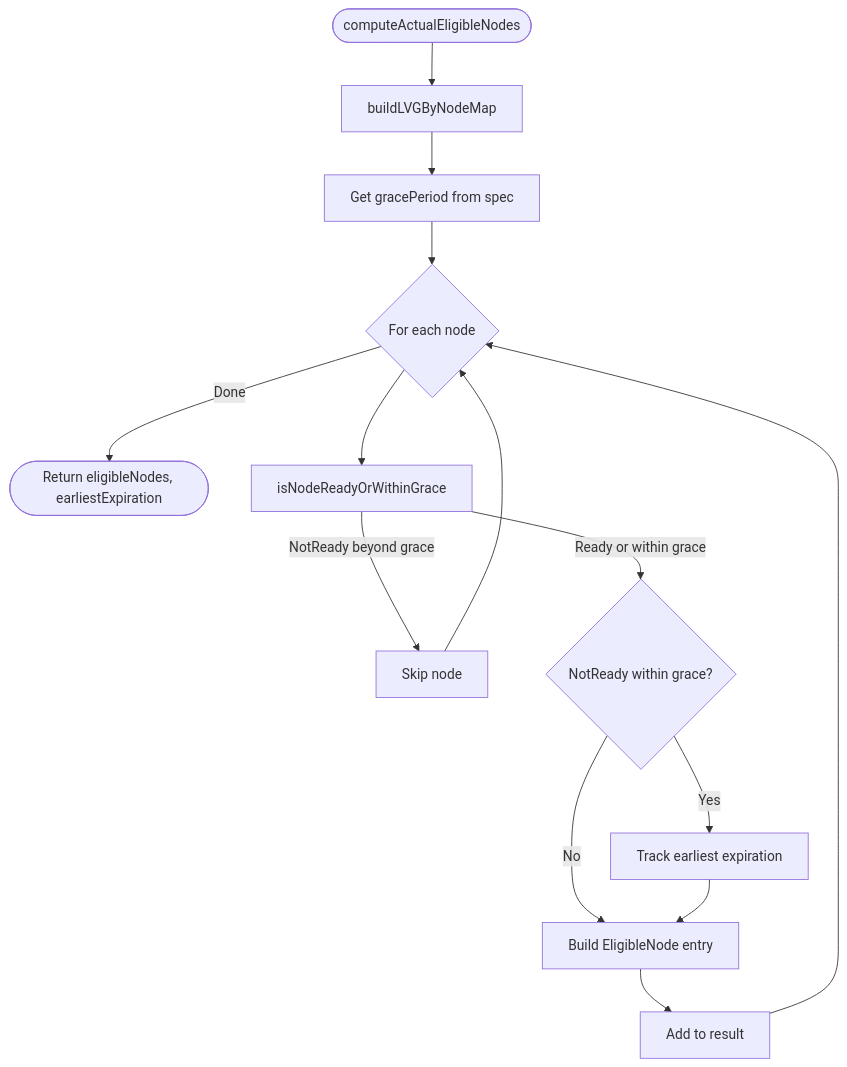
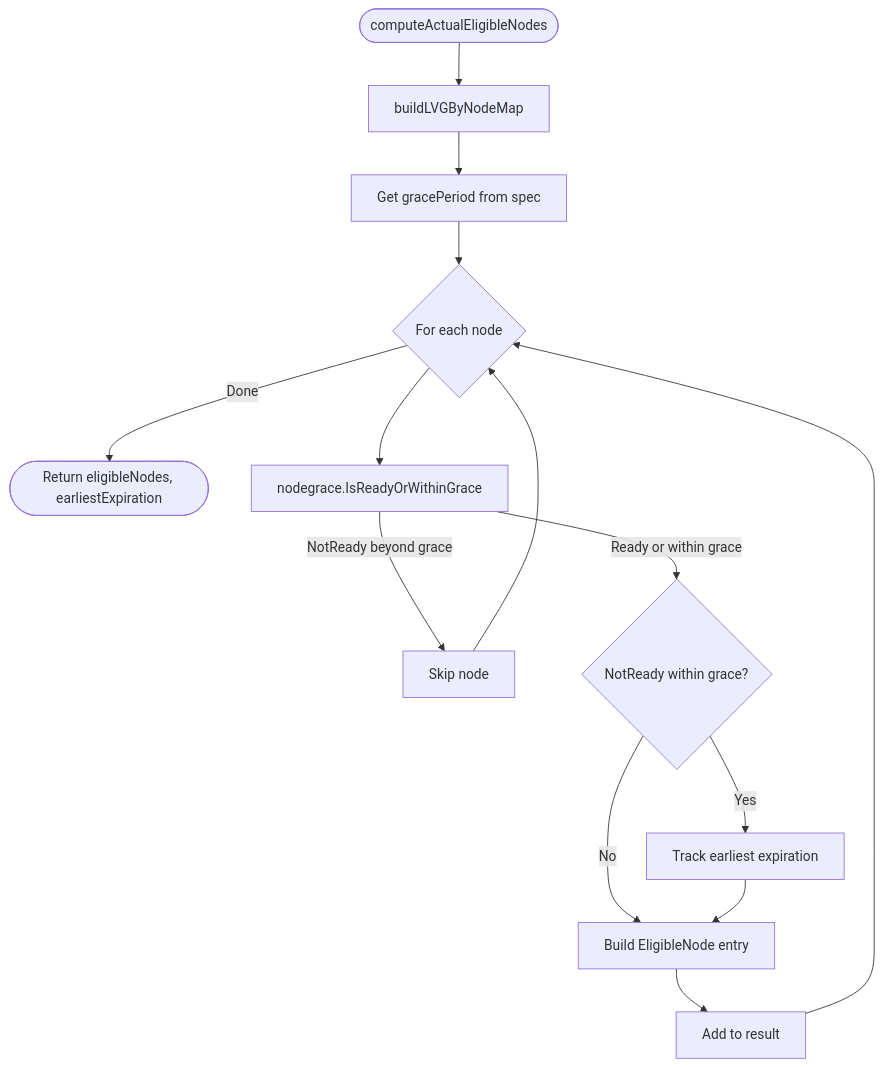
One commit to deckhouse/sds-replicated-volume changed the fourth of 6 diagrams in images/controller/internal/controllers/rsp_controller/README.md. Above: the diagram before and after it, drawn with Mermaid. The commit also changed other lines of this file and 51 other files, not shown here.

````diff
--- a/images/controller/internal/controllers/rsp_controller/README.md
+++ b/images/controller/internal/controllers/rsp_controller/README.md
@@ -270,20 +270,20 @@
 ```mermaid
 flowchart TD
     Start([computeActualEligibleNodes]) --> BuildLVGMap[buildLVGByNodeMap]
     BuildLVGMap --> GetGrace[Get gracePeriod from spec]
 
     GetGrace --> LoopStart{For each node}
     LoopStart -->|Done| Return([Return eligibleNodes, earliestExpiration])
 
-    LoopStart --> CheckGrace[isNodeReadyOrWithinGrace]
+    LoopStart --> CheckGrace["nodegrace.IsReadyOrWithinGrace"]
     CheckGrace -->|NotReady beyond grace| Skip[Skip node]
     Skip --> LoopStart
 
     CheckGrace -->|Ready or within grace| TrackExpiration{NotReady within grace?}
     TrackExpiration -->|Yes| UpdateExpiration[Track earliest expiration]
     TrackExpiration -->|No| BuildEntry
     UpdateExpiration --> BuildEntry
 
     BuildEntry[Build EligibleNode entry] --> AddToResult[Add to result]
     AddToResult --> LoopStart
 ```
````
